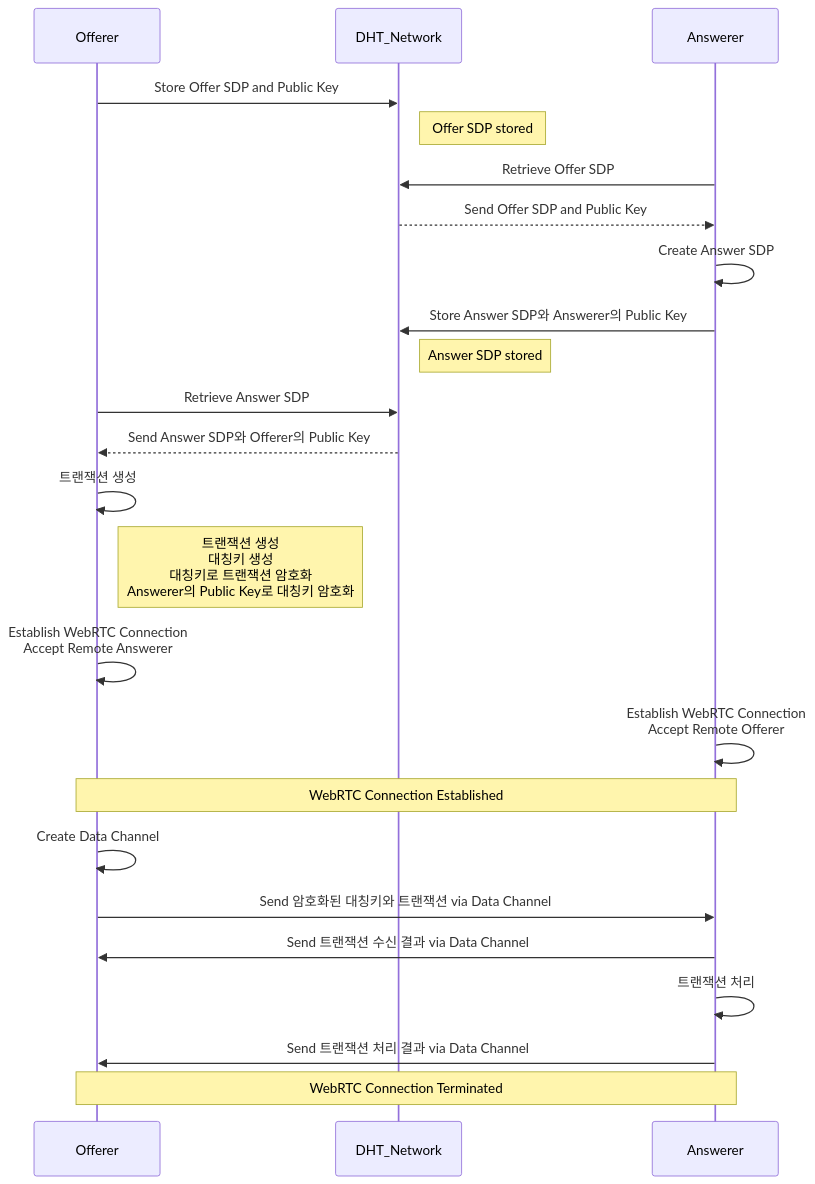
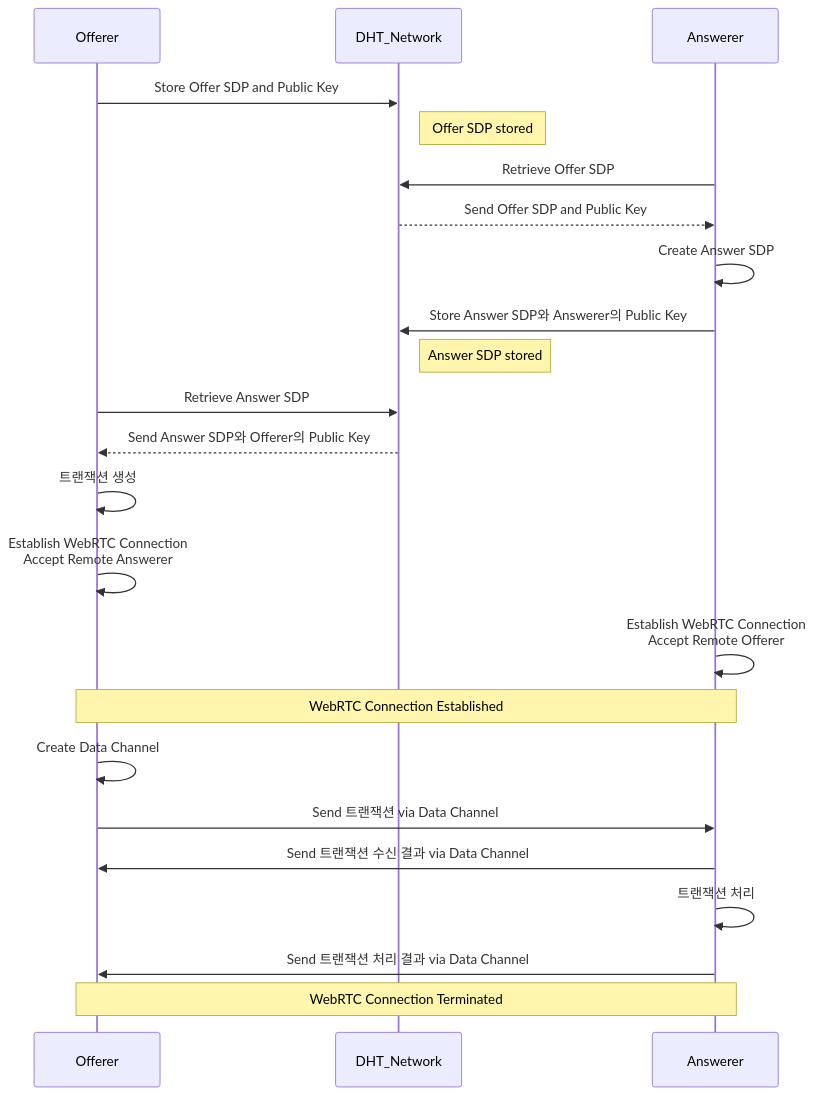
Before and after one commit to tanminkwan/blockchain: the second of 2 diagrams in README.md, drawn with Mermaid.

````diff
--- a/README.md
+++ b/README.md
@@ -27,34 +27,33 @@
 ```mermaid
 sequenceDiagram
     participant Offerer
     participant DHT_Network
     participant Answerer
 
     Offerer->>DHT_Network: Store Offer SDP and Public Key
     Note right of DHT_Network: Offer SDP stored
 
     Answerer->>DHT_Network: Retrieve Offer SDP
     DHT_Network-->>Answerer: Send Offer SDP and Public Key
 
     Answerer->>Answerer: Create Answer SDP
     Answerer->>DHT_Network: Store Answer SDP와 Answerer의 Public Key
     Note right of DHT_Network: Answer SDP stored
 
     Offerer->>DHT_Network: Retrieve Answer SDP
     DHT_Network-->>Offerer: Send Answer SDP와 Offerer의 Public Key
 
     Offerer->>Offerer: 트랜잭션 생성
-    Note right of Offerer: 트랜잭션 생성<br/>대칭키 생성<br/>대칭키로 트랜잭션 암호화<br/>Answerer의 Public Key로 대칭키 암호화
     
     Offerer->>Offerer: Establish WebRTC Connection<br/>Accept Remote Answerer
     Answerer->>Answerer: Establish WebRTC Connection<br/>Accept Remote Offerer
 
     Note over Offerer,Answerer: WebRTC Connection Established
     Offerer->>Offerer: Create Data Channel
-    Offerer->>Answerer: Send 암호화된 대칭키와 트랜잭션 via Data Channel
+    Offerer->>Answerer: Send 트랜잭션 via Data Channel
     Answerer->>Offerer: Send 트랜잭션 수신 결과 via Data Channel
     Answerer->>Answerer: 트랜잭션 처리
     Answerer->>Offerer: Send 트랜잭션 처리 결과 via Data Channel
 
     Note over Offerer,Answerer: WebRTC Connection Terminated
 ```
````
